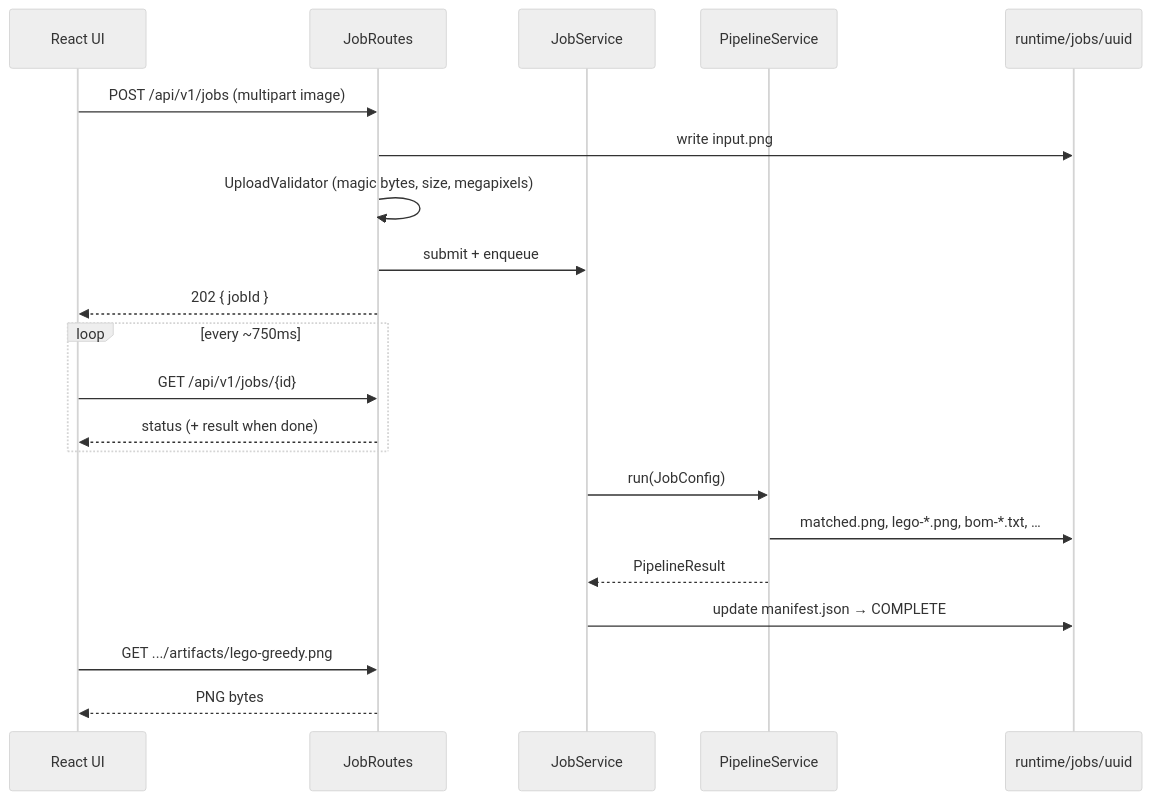
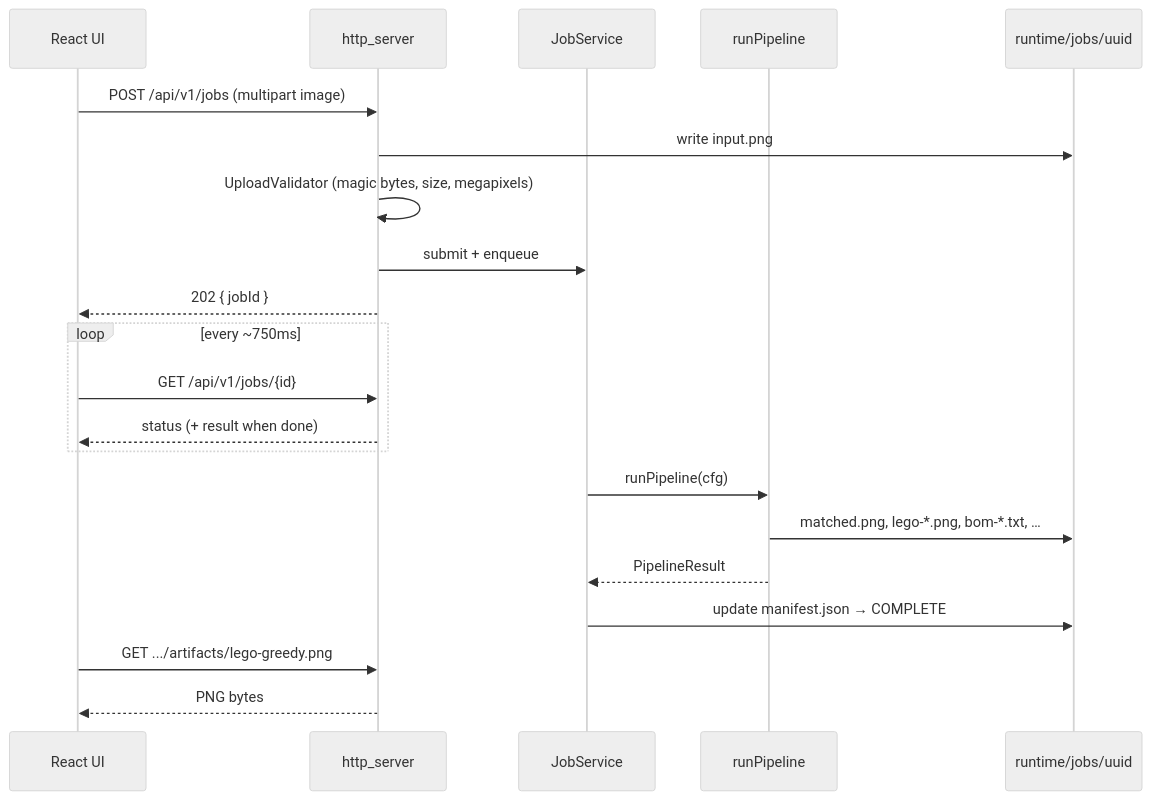
The fourth of 7 diagrams in ARCHITECTURE.md (WesJennings/LegoPictureGenerator), drawn with Mermaid (neutral theme) before and after one commit. The commit also changed other lines of this file and 93 other files, not shown here.

First line of the commit message:
Replace Java host with C++ HTTP server, jobs, and CLI

````diff
--- a/ARCHITECTURE.md
+++ b/ARCHITECTURE.md
@@ -144,27 +132,27 @@
 ```mermaid
 sequenceDiagram
   participant UI as React UI
-  participant API as JobRoutes
+  participant API as http_server
   participant JS as JobService
-  participant PS as PipelineService
+  participant PS as runPipeline
   participant FS as runtime/jobs/uuid
 
   UI->>API: POST /api/v1/jobs (multipart image)
   API->>FS: write input.png
   API->>API: UploadValidator (magic bytes, size, megapixels)
   API->>JS: submit + enqueue
   API-->>UI: 202 { jobId }
 
   loop every ~750ms
     UI->>API: GET /api/v1/jobs/{id}
     API-->>UI: status (+ result when done)
   end
 
-  JS->>PS: run(JobConfig)
+  JS->>PS: runPipeline(cfg)
   PS->>FS: matched.png, lego-*.png, bom-*.txt, …
   PS-->>JS: PipelineResult
   JS->>FS: update manifest.json → COMPLETE
 
   UI->>API: GET .../artifacts/lego-greedy.png
   API-->>UI: PNG bytes
 ```
````
